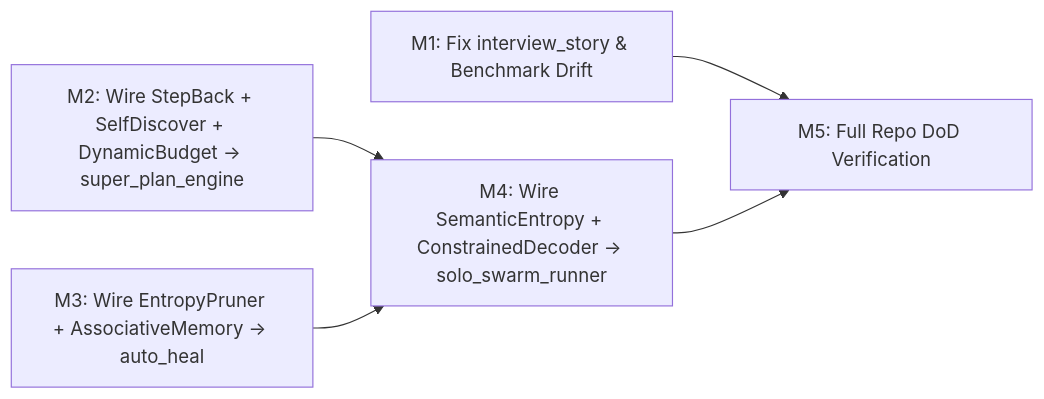
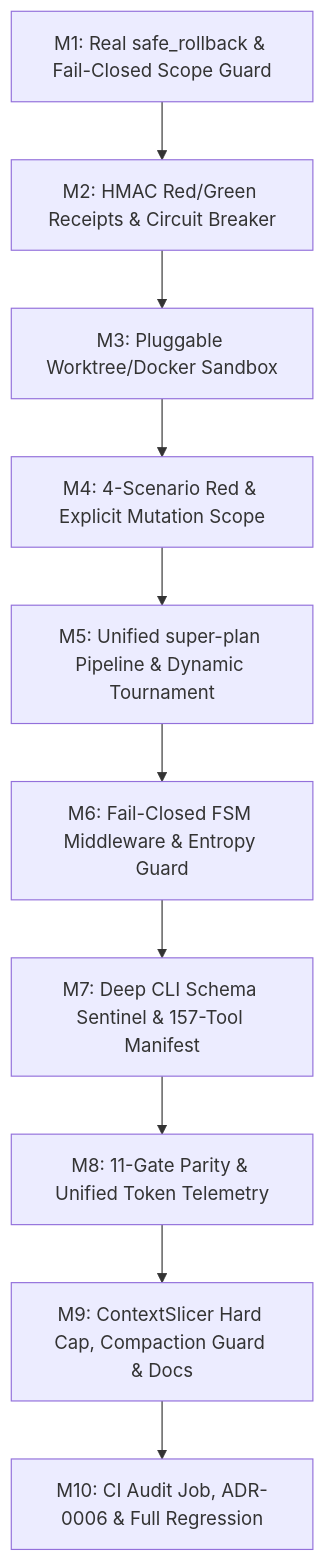
One commit to TeeVee98/Synapse-Hub changed the diagram in implementation_plan.md. Above: the diagram before and after it, drawn with Mermaid. The commit also changed other lines of this file and 81 other files, not shown here.

````diff
--- a/implementation_plan.md
+++ b/implementation_plan.md
@@ -54,7 +82,12 @@
 ```mermaid
-flowchart LR
-    M1["M1: Fix interview_story & Benchmark Drift"] --> M5["M5: Full Repo DoD Verification"]
-    M2["M2: Wire StepBack + SelfDiscover + DynamicBudget -> super_plan_engine"] --> M4["M4: Wire SemanticEntropy + ConstrainedDecoder -> solo_swarm_runner"]
-    M3["M3: Wire EntropyPruner + AssociativeMemory -> auto_heal"] --> M4
-    M4 --> M5
+flowchart TD
+    M1["M1: Real safe_rollback & Fail-Closed Scope Guard"] --> M2["M2: HMAC Red/Green Receipts & Circuit Breaker"]
+    M2 --> M3["M3: Pluggable Worktree/Docker Sandbox"]
+    M3 --> M4["M4: 4-Scenario Red & Explicit Mutation Scope"]
+    M4 --> M5["M5: Unified super-plan Pipeline & Dynamic Tournament"]
+    M5 --> M6["M6: Fail-Closed FSM Middleware & Entropy Guard"]
+    M6 --> M7["M7: Deep CLI Schema Sentinel & 157-Tool Manifest"]
+    M7 --> M8["M8: 11-Gate Parity & Unified Token Telemetry"]
+    M8 --> M9["M9: ContextSlicer Hard Cap, Compaction Guard & Docs"]
+    M9 --> M10["M10: CI Audit Job, ADR-0006 & Full Regression"]
 ```
````
